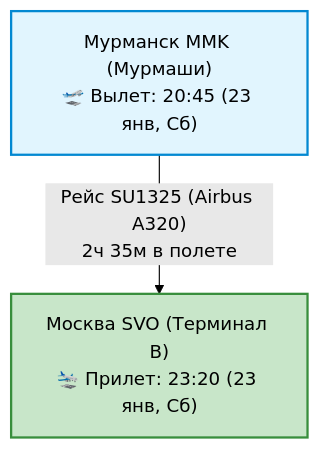
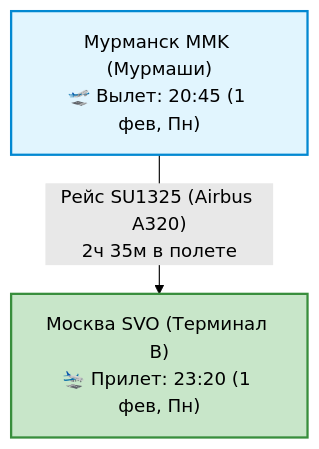
One commit to injurka/obsidian-mark changed the second of 2 diagrams in Personal Note/Travel/-- Murmansk/03 - Бронирования/Авиаперелеты.md. Above: the diagram before and after it, drawn with Mermaid (forest theme). The commit also changed other lines of this file and 18 other files, not shown here.

````diff
--- a/Personal Note/Travel/-- Murmansk/03 - Бронирования/Авиаперелеты.md
+++ b/Personal Note/Travel/-- Murmansk/03 - Бронирования/Авиаперелеты.md
@@ -41,9 +41,9 @@
 ```mermaid
 graph TD
-    MMK["Мурманск MMK (Мурмаши)<br>🛫 Вылет: 20:45 (23 янв, Сб)"] -->|"Рейс SU1325 (Airbus A320)<br>2ч 35м в полете"| SVO["Москва SVO (Терминал B)<br>🛬 Прилет: 23:20 (23 янв, Сб)"]
+    MMK["Мурманск MMK (Мурмаши)<br>🛫 Вылет: 20:45 (1 фев, Пн)"] -->|"Рейс SU1325 (Airbus A320)<br>2ч 35м в полете"| SVO["Москва SVO (Терминал B)<br>🛬 Прилет: 23:20 (1 фев, Пн)"]
 
     classDef flight fill:#e1f5fe,stroke:#0288d1,stroke-width:2px;
     classDef svo fill:#c8e6c9,stroke:#388e3c,stroke-width:2px;
     class MMK flight;
     class SVO svo;
 ```
````
